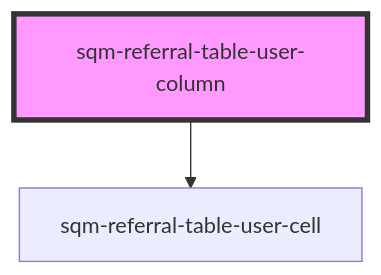
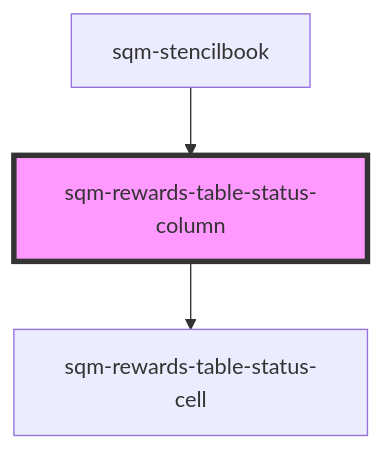
Before and after one commit to saasquatch/program-tools: the diagram in packages/mint-components/src/components/sqm-rewards-table/columns/readme.md, drawn with Mermaid. The commit also changed other lines of this file and 7 other files, not shown here.

````diff
--- a/packages/mint-components/src/components/sqm-rewards-table/columns/readme.md
+++ b/packages/mint-components/src/components/sqm-rewards-table/columns/readme.md
@@ -47,5 +50,6 @@
 ```mermaid
 graph TD;
-  sqm-referral-table-user-column --> sqm-referral-table-user-cell
-  style sqm-referral-table-user-column fill:#f9f,stroke:#333,stroke-width:4px
+  sqm-rewards-table-status-column --> sqm-rewards-table-status-cell
+  sqm-stencilbook --> sqm-rewards-table-status-column
+  style sqm-rewards-table-status-column fill:#f9f,stroke:#333,stroke-width:4px
 ```
````
